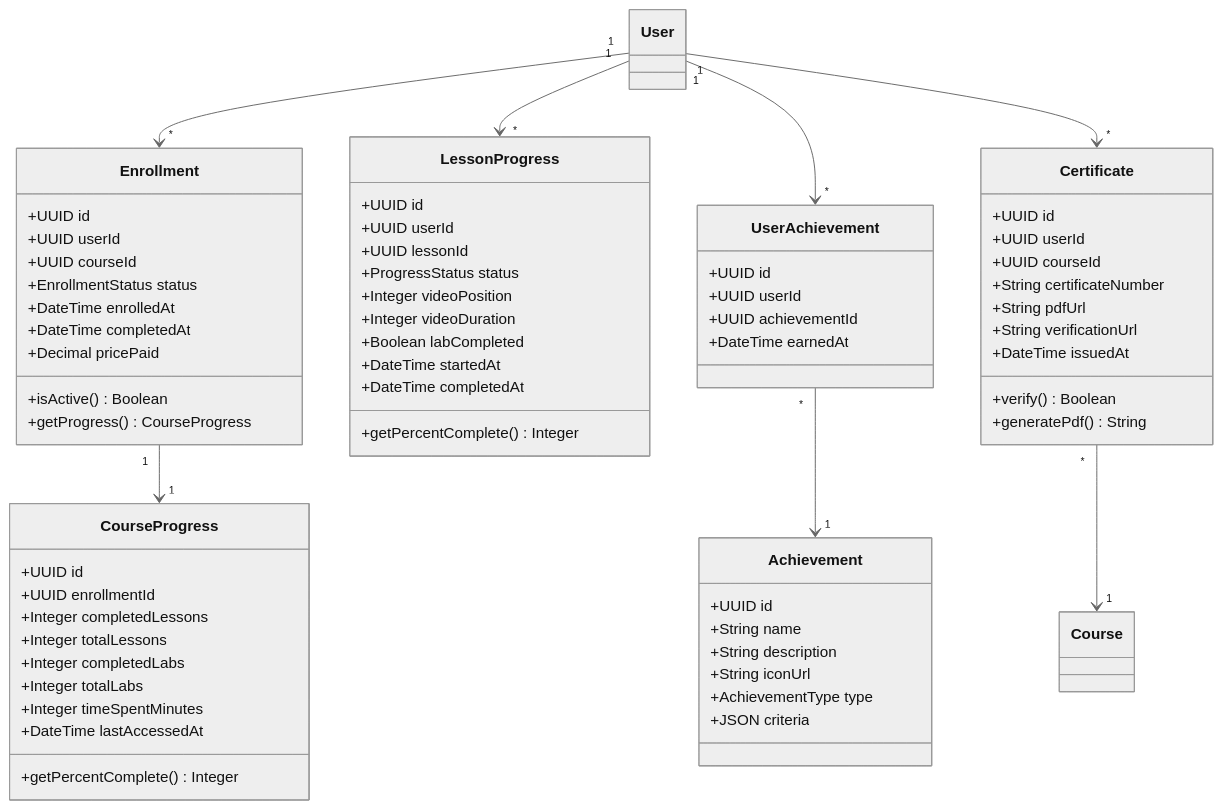
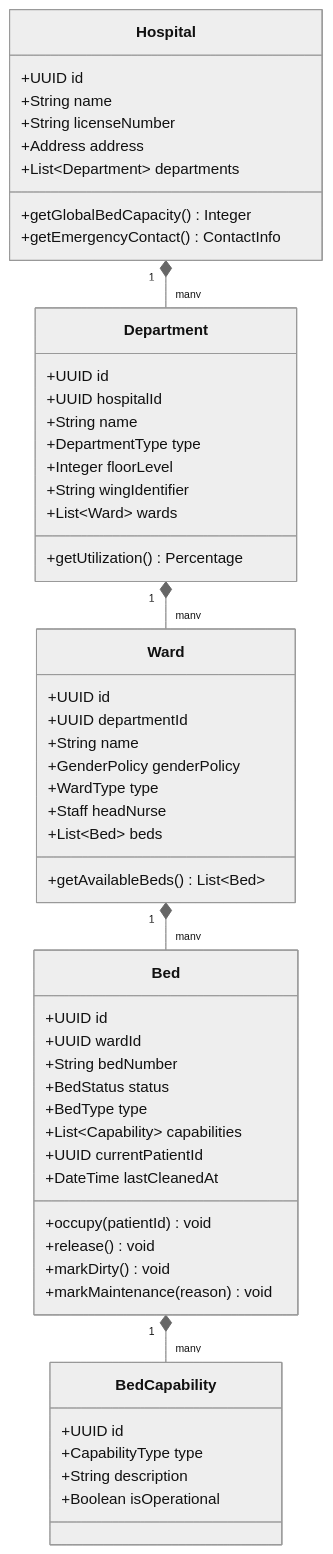
The first of 6 diagrams in CLASS_DIAGRAM.md (adityasinghz/kata-3), drawn with Mermaid (neutral theme) before and after one commit. The commit also changed other lines of this file and 12 other files, not shown here.

````diff
--- a/CLASS_DIAGRAM.md
+++ b/CLASS_DIAGRAM.md
@@ -150,75 +29,61 @@
 ```mermaid
 classDiagram
-    class Enrollment {
-        +UUID id
-        +UUID userId
-        +UUID courseId
-        +EnrollmentStatus status
-        +DateTime enrolledAt
-        +DateTime completedAt
-        +Decimal pricePaid
-        +isActive() Boolean
-        +getProgress() CourseProgress
-    }
-    
-    class CourseProgress {
-        +UUID id
-        +UUID enrollmentId
-        +Integer completedLessons
-        +Integer totalLessons
-        +Integer completedLabs
-        +Integer totalLabs
-        +Integer timeSpentMinutes
-        +DateTime lastAccessedAt
-        +getPercentComplete() Integer
-    }
-    
-    class LessonProgress {
-        +UUID id
-        +UUID userId
-        +UUID lessonId
-        +ProgressStatus status
-        +Integer videoPosition
-        +Integer videoDuration
-        +Boolean labCompleted
-        +DateTime startedAt
-        +DateTime completedAt
-        +getPercentComplete() Integer
-    }
-    
-    class Achievement {
+    class Hospital {
         +UUID id
         +String name
-        +String description
-        +String iconUrl
-        +AchievementType type
-        +JSON criteria
-    }
-    
-    class UserAchievement {
-        +UUID id
-        +UUID userId
-        +UUID achievementId
-        +DateTime earnedAt
-    }
-    
-    class Certificate {
-        +UUID id
-        +UUID userId
-        +UUID courseId
-        +String certificateNumber
-        +String pdfUrl
-        +String verificationUrl
-        +DateTime issuedAt
-        +verify() Boolean
-        +generatePdf() String
+        +String licenseNumber
+        +Address address
+        +List~Department~ departments
+        +getGlobalBedCapacity() Integer
+        +getEmergencyContact() ContactInfo
     }
 
-    Enrollment "1" --> "1" CourseProgress
-    User "1" --> "*" Enrollment
-    User "1" --> "*" LessonProgress
-    User "1" --> "*" UserAchievement
-    UserAchievement "*" --> "1" Achievement
-    User "1" --> "*" Certificate
-    Certificate "*" --> "1" Course
+    class Department {
+        +UUID id
+        +UUID hospitalId
+        +String name
+        +DepartmentType type
+        +Integer floorLevel
+        +String wingIdentifier
+        +List~Ward~ wards
+        +getUtilization() Percentage
+    }
+
+    class Ward {
+        +UUID id
+        +UUID departmentId
+        +String name
+        +GenderPolicy genderPolicy
+        +WardType type
+        +Staff headNurse
+        +List~Bed~ beds
+        +getAvailableBeds() List~Bed~
+    }
+
+    class Bed {
+        +UUID id
+        +UUID wardId
+        +String bedNumber
+        +BedStatus status
+        +BedType type
+        +List~Capability~ capabilities
+        +UUID currentPatientId
+        +DateTime lastCleanedAt
+        +occupy(patientId) void
+        +release() void
+        +markDirty() void
+        +markMaintenance(reason) void
+    }
+
+    class BedCapability {
+        +UUID id
+        +CapabilityType type
+        +String description
+        +Boolean isOperational
+    }
+
+    Hospital "1" *-- "many" Department
+    Department "1" *-- "many" Ward
+    Ward "1" *-- "many" Bed
+    Bed "1" *-- "many" BedCapability
 ```
````
